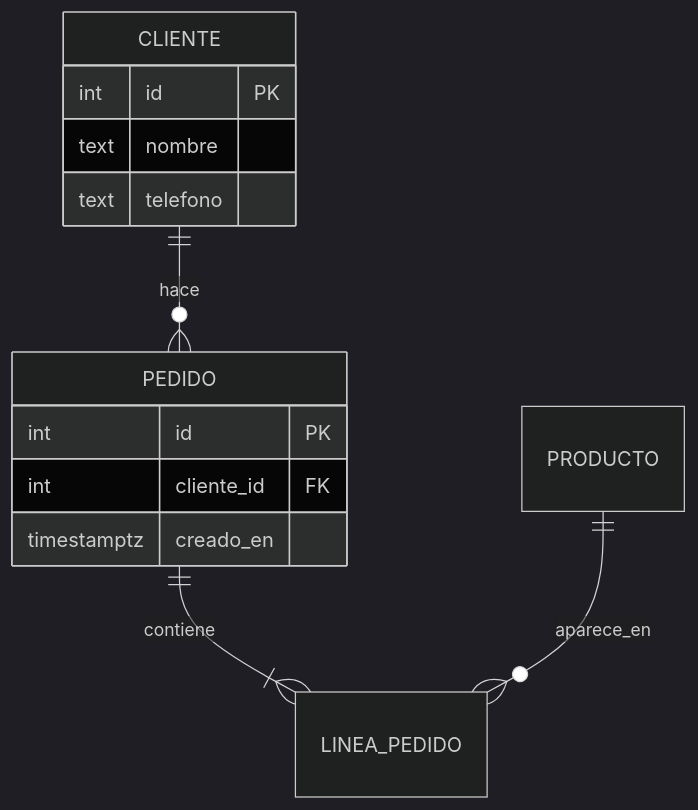
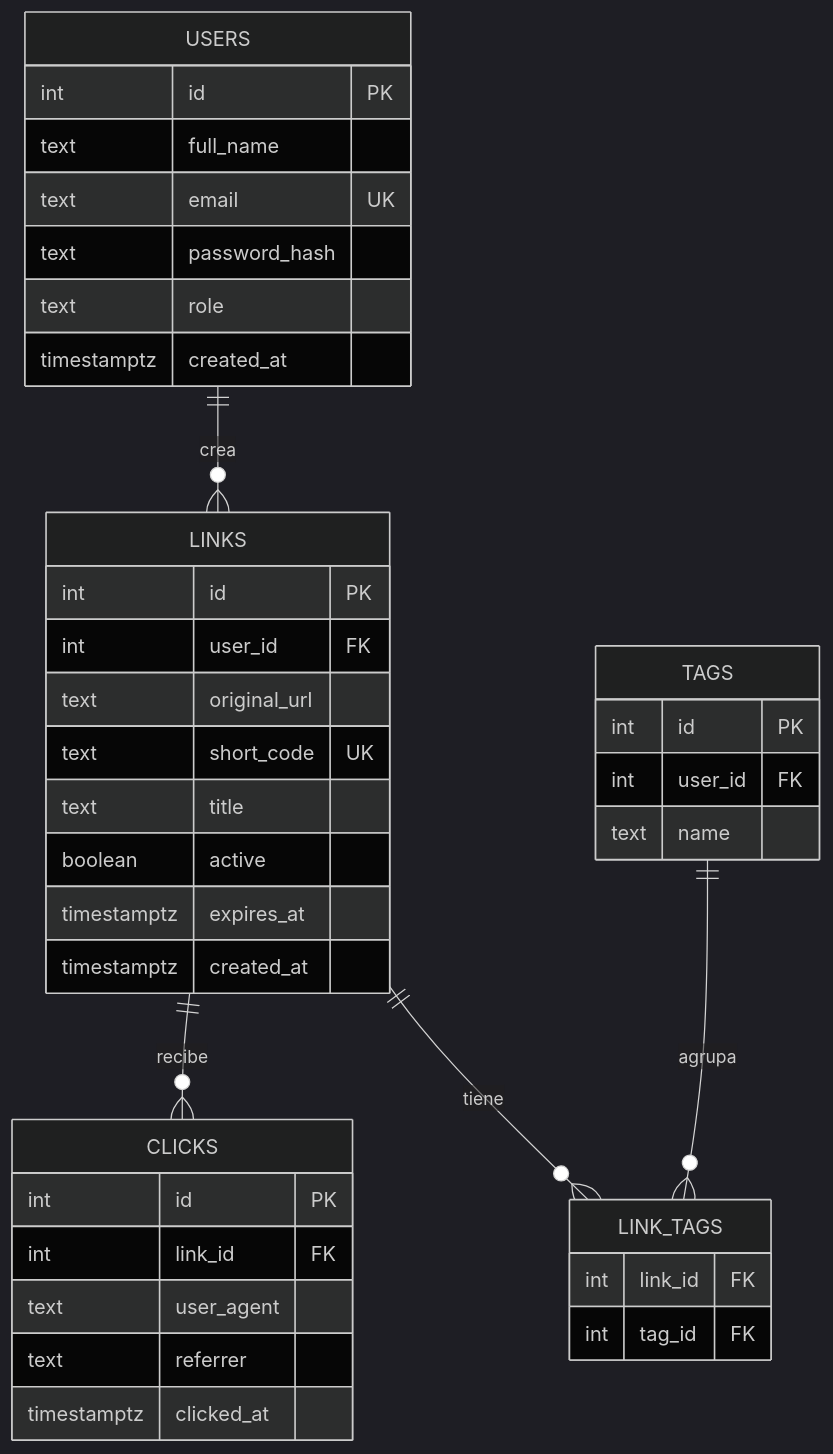
The diagram in docs/PRD.md (ortegaisaacbricel-dot/acortador-url), drawn with Mermaid (dark theme) before and after one commit. The commit also changed other lines of this file and 4 other files, not shown here.

````diff
--- a/docs/PRD.md
+++ b/docs/PRD.md
@@ -70,16 +73,42 @@
 ```mermaid
 erDiagram
-  CLIENTE ||--o{ PEDIDO : hace
-  PEDIDO ||--|{ LINEA_PEDIDO : contiene
-  PRODUCTO ||--o{ LINEA_PEDIDO : aparece_en
-  CLIENTE {
+  USERS ||--o{ LINKS : crea
+  LINKS ||--o{ CLICKS : recibe
+  TAGS ||--o{ LINK_TAGS : agrupa
+  LINKS ||--o{ LINK_TAGS : tiene
+
+  USERS {
     int id PK
-    text nombre
-    text telefono
+    text full_name
+    text email UK
+    text password_hash
+    text role
+    timestamptz created_at
   }
-  PEDIDO {
+  LINKS {
     int id PK
-    int cliente_id FK
-    timestamptz creado_en
+    int user_id FK
+    text original_url
+    text short_code UK
+    text title
+    boolean active
+    timestamptz expires_at
+    timestamptz created_at
+  }
+  CLICKS {
+    int id PK
+    int link_id FK
+    text user_agent
+    text referrer
+    timestamptz clicked_at
+  }
+  TAGS {
+    int id PK
+    int user_id FK
+    text name
+  }
+  LINK_TAGS {
+    int link_id FK
+    int tag_id FK
   }
 ```
````
